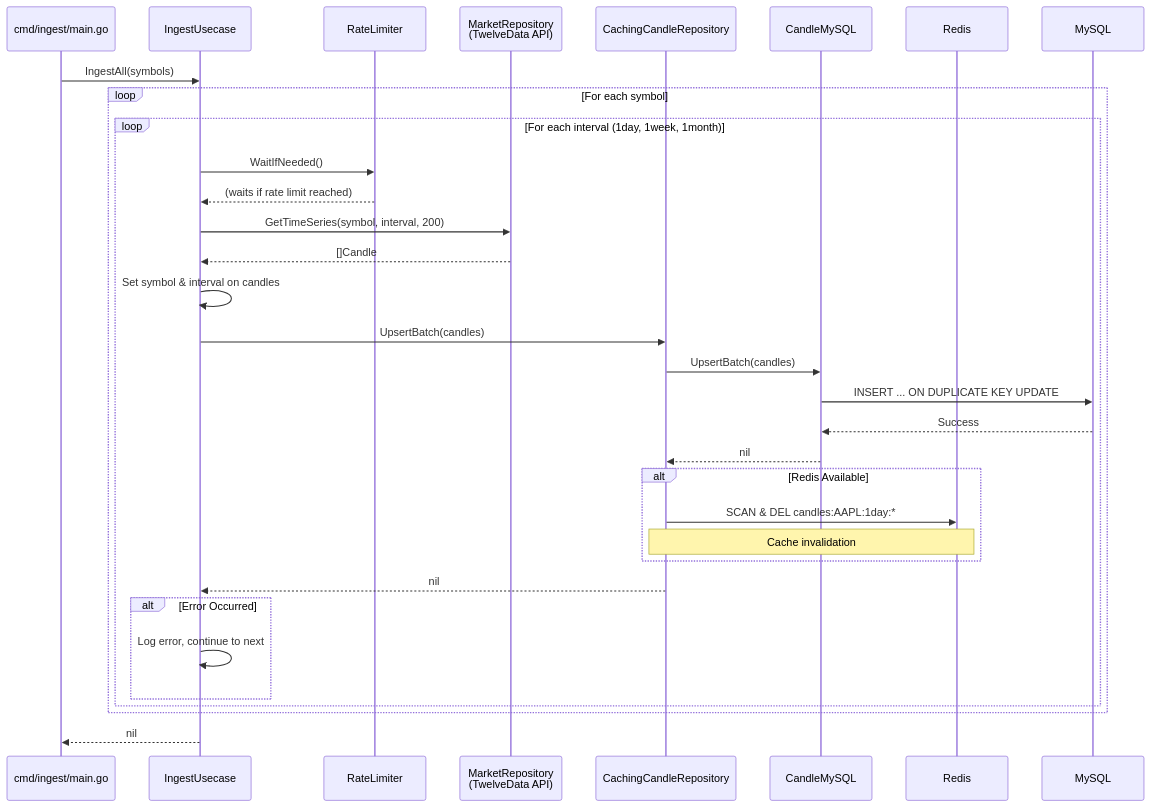
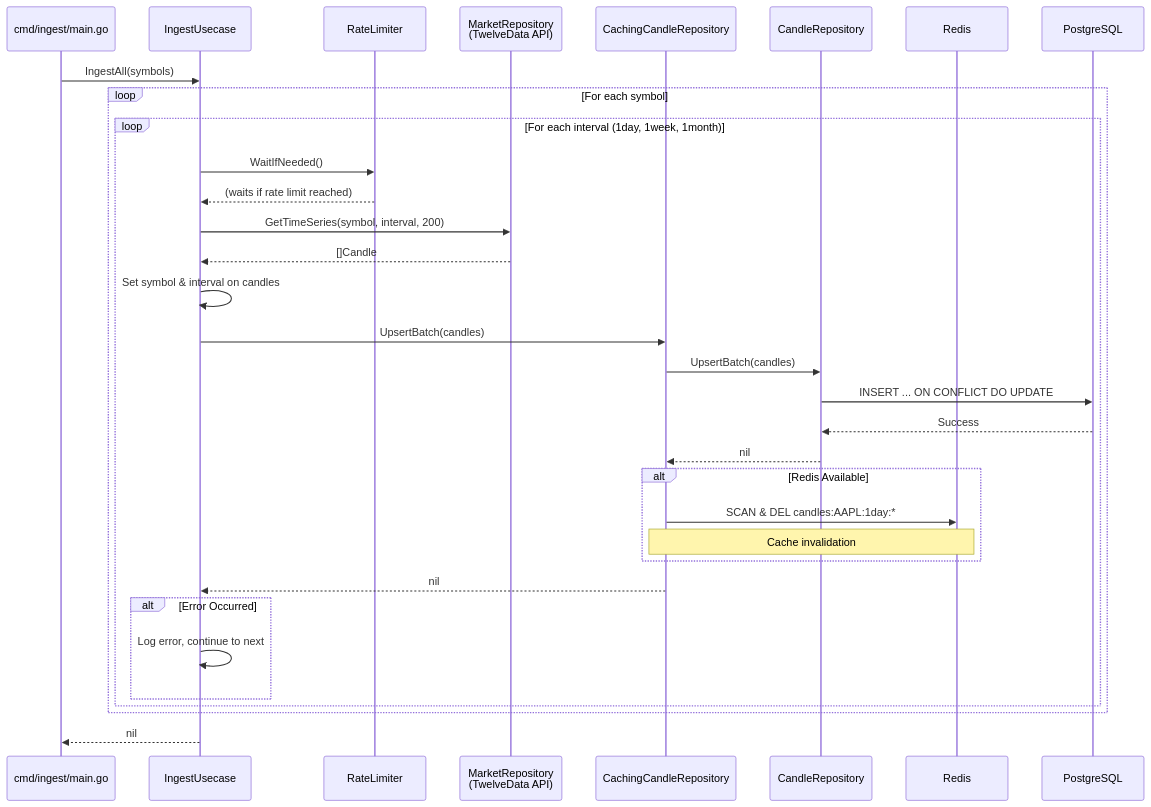
Before and after one commit to UCHIDAnobuhiro/stock_backend: the second of 3 diagrams in internal/feature/candles/README.md, drawn with Mermaid. The commit also changed other lines of this file and 19 other files, not shown here.

````diff
--- a/internal/feature/candles/README.md
+++ b/internal/feature/candles/README.md
@@ -65,43 +65,43 @@
 ```mermaid
 sequenceDiagram
     participant Main as cmd/ingest/main.go
     participant Usecase as IngestUsecase
     participant RateLimiter
     participant Market as MarketRepository<br/>(TwelveData API)
     participant Cache as CachingCandleRepository
-    participant Repository as CandleMySQL
+    participant Repository as CandleRepository
     participant Redis
-    participant DB as MySQL
+    participant DB as PostgreSQL
 
     Main->>Usecase: IngestAll(symbols)
 
     loop For each symbol
         loop For each interval (1day, 1week, 1month)
             Usecase->>RateLimiter: WaitIfNeeded()
             RateLimiter-->>Usecase: (waits if rate limit reached)
 
             Usecase->>Market: GetTimeSeries(symbol, interval, 200)
             Market-->>Usecase: []Candle
 
             Usecase->>Usecase: Set symbol & interval on candles
             Usecase->>Cache: UpsertBatch(candles)
             Cache->>Repository: UpsertBatch(candles)
-            Repository->>DB: INSERT ... ON DUPLICATE KEY UPDATE
+            Repository->>DB: INSERT ... ON CONFLICT DO UPDATE
             DB-->>Repository: Success
             Repository-->>Cache: nil
 
             alt Redis Available
                 Cache->>Redis: SCAN & DEL candles:AAPL:1day:*
                 Note over Cache,Redis: Cache invalidation
             end
 
             Cache-->>Usecase: nil
 
             alt Error Occurred
                 Usecase->>Usecase: Log error, continue to next
             end
         end
     end
 
     Usecase-->>Main: nil
 ```
````
